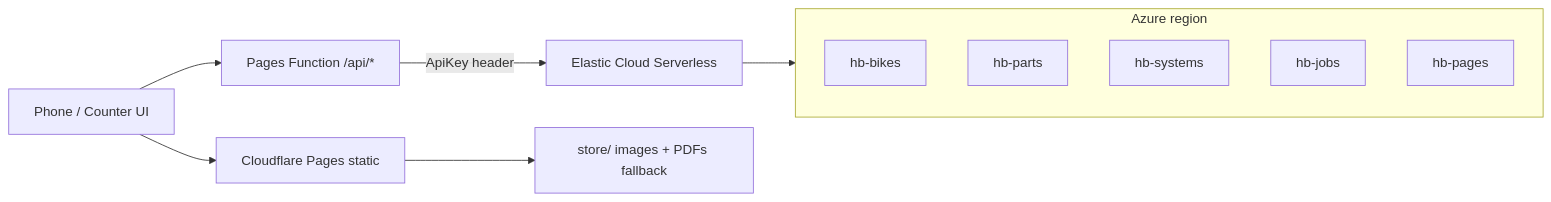
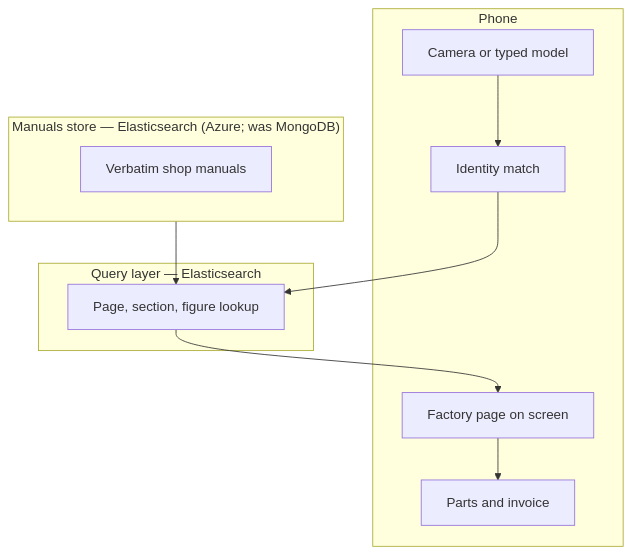
The diagram in deploy/README.md (rexheng/handy-book), drawn with Mermaid before and after one commit. The commit also changed other lines of this file and 9 other files, not shown here.

````diff
--- a/deploy/README.md
+++ b/deploy/README.md
@@ -13,15 +13,20 @@
 ```mermaid
-flowchart LR
-  Phone[Phone / Counter UI] --> Pages[Cloudflare Pages static]
-  Phone --> Fn["Pages Function /api/*"]
-  Fn -->|ApiKey header| Cloud[Elastic Cloud Serverless]
-  subgraph Azure["Azure region"]
-    Bikes[hb-bikes]
-    Parts[hb-parts]
-    Systems[hb-systems]
-    Jobs[hb-jobs]
-    PagesIdx[hb-pages]
+flowchart TB
+  subgraph In["Phone"]
+    CAM[Camera or typed model]
+    ID[Identity match]
+    UI[Factory page on screen]
+    INV[Parts and invoice]
   end
-  Cloud --> Azure
-  Pages --> Store[store/ images + PDFs fallback]
+  subgraph Store["Manuals store — Elasticsearch (Azure; was MongoDB)"]
+    PDF[Verbatim shop manuals]
+  end
+  subgraph Find["Query layer — Elasticsearch"]
+    Q[Page, section, figure lookup]
+  end
+  CAM --> ID
+  ID --> Q
+  Store --> Q
+  Q --> UI
+  UI --> INV
 ```
````
